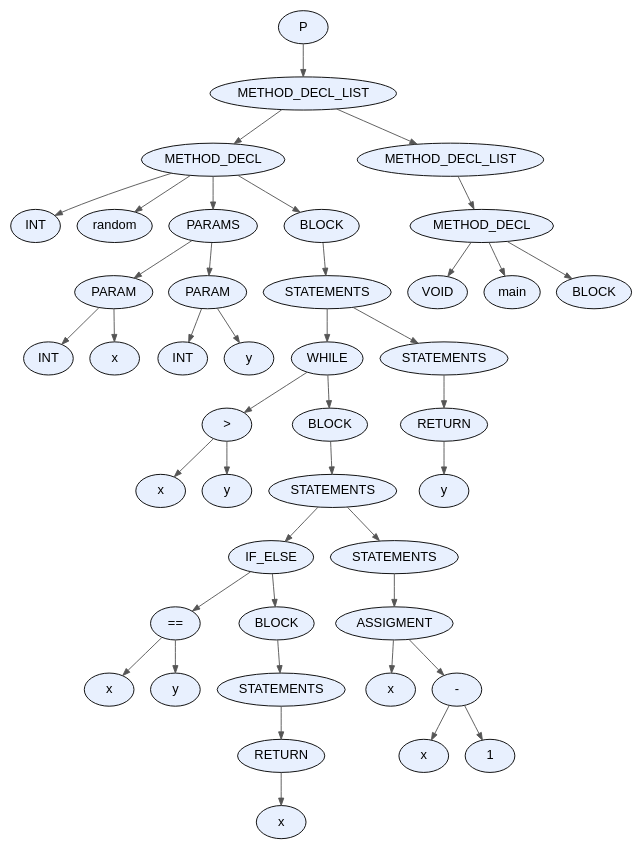
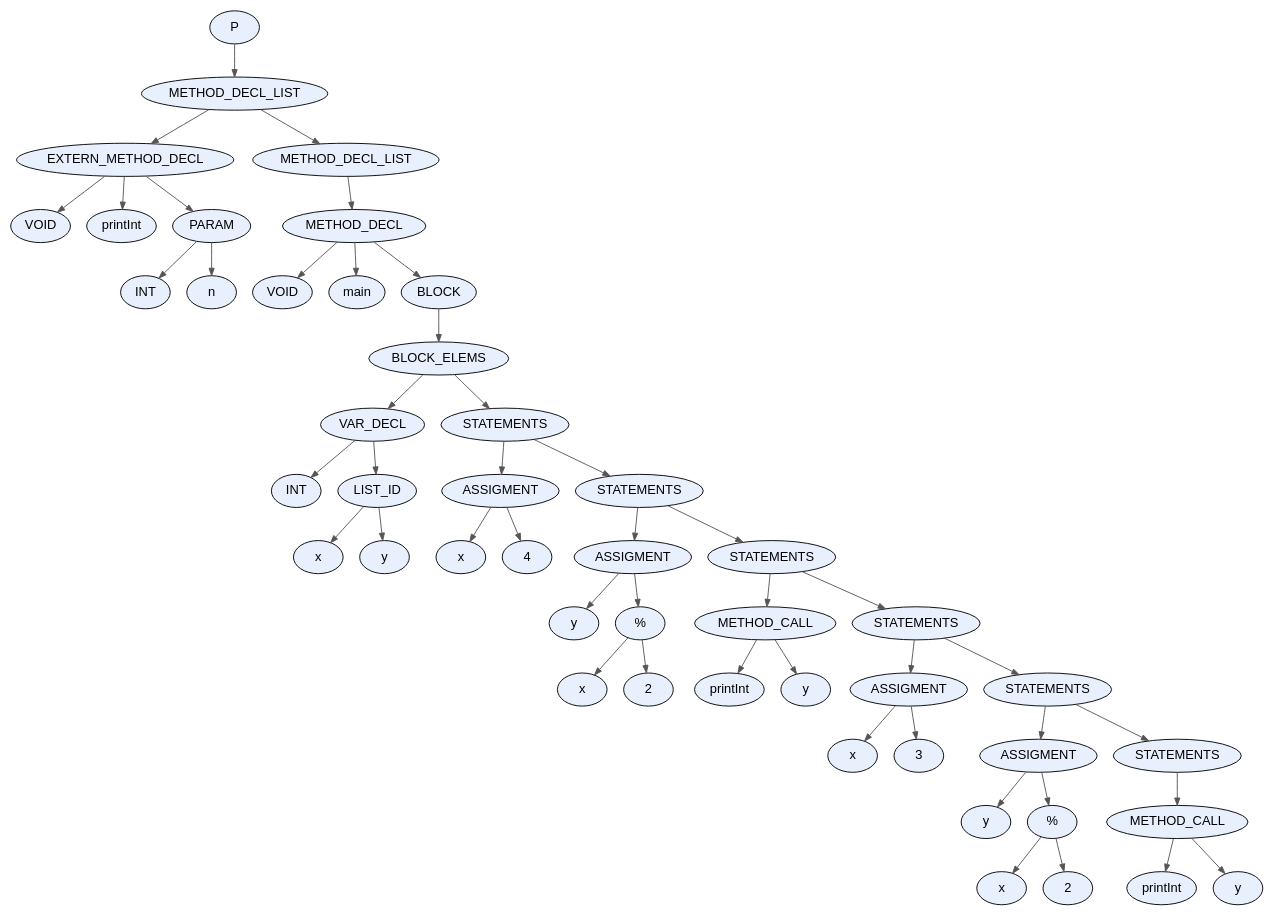
Before and after one commit to facundo-dario-loser/TDS2026: the diagram in proyecto/dot_files/test44.dot, drawn with Graphviz. The commit also changed 18 other files, not shown here.

```diff
--- a/proyecto/dot_files/test44.dot
+++ b/proyecto/dot_files/test44.dot
@@ -1,87 +1,97 @@
 digraph AST {
   node [fontname="Arial"];
   edge [arrowsize=0.8, color="#555555"];
-  "node_0x5b198a6ec8f0" [label="P", style=filled, fillcolor="#E8F0FE", shape=ellipse, style="rounded,filled"];
-  "node_0x5b198a6ec8f0" -> "node_0x5b198a6ec8a0";
-  "node_0x5b198a6ec8a0" [label="METHOD_DECL_LIST", style=filled, fillcolor="#E8F0FE", shape=ellipse, style="rounded,filled"];
-  "node_0x5b198a6ec8a0" -> "node_0x5b198a6ec680";
-  "node_0x5b198a6ec680" [label="METHOD_DECL", style=filled, fillcolor="#E8F0FE", shape=ellipse, style="rounded,filled"];
-  "node_0x5b198a6ec680" -> "node_0x5b198a6eb920";
-  "node_0x5b198a6eb920" [label="INT", style=filled, fillcolor="#E8F0FE", shape=ellipse, style="rounded,filled"];
-  "node_0x5b198a6ec680" -> "node_0x5b198a6ec610";
-  "node_0x5b198a6ec610" [label="random", style=filled, fillcolor="#E8F0FE", shape=ellipse, style="rounded,filled"];
-  "node_0x5b198a6ec680" -> "node_0x5b198a6ebbf0";
-  "node_0x5b198a6ebbf0" [label="PARAMS", style=filled, fillcolor="#E8F0FE", shape=ellipse, style="rounded,filled"];
-  "node_0x5b198a6ebbf0" -> "node_0x5b198a6eba70";
-  "node_0x5b198a6eba70" [label="PARAM", style=filled, fillcolor="#E8F0FE", shape=ellipse, style="rounded,filled"];
-  "node_0x5b198a6eba70" -> "node_0x5b198a6eb990";
-  "node_0x5b198a6eb990" [label="INT", style=filled, fillcolor="#E8F0FE", shape=ellipse, style="rounded,filled"];
-  "node_0x5b198a6eba70" -> "node_0x5b198a6eba00";
-  "node_0x5b198a6eba00" [label="x", style=filled, fillcolor="#E8F0FE", shape=ellipse, style="rounded,filled"];
-  "node_0x5b198a6ebbf0" -> "node_0x5b198a6ebba0";
-  "node_0x5b198a6ebba0" [label="PARAM", style=filled, fillcolor="#E8F0FE", shape=ellipse, style="rounded,filled"];
-  "node_0x5b198a6ebba0" -> "node_0x5b198a6ebac0";
-  "node_0x5b198a6ebac0" [label="INT", style=filled, fillcolor="#E8F0FE", shape=ellipse, style="rounded,filled"];
-  "node_0x5b198a6ebba0" -> "node_0x5b198a6ebb30";
-  "node_0x5b198a6ebb30" [label="y", style=filled, fillcolor="#E8F0FE", shape=ellipse, style="rounded,filled"];
-  "node_0x5b198a6ec680" -> "node_0x5b198a6ec5c0";
-  "node_0x5b198a6ec5c0" [label="BLOCK", style=filled, fillcolor="#E8F0FE", shape=ellipse, style="rounded,filled"];
-  "node_0x5b198a6ec5c0" -> "node_0x5b198a6ec570";
-  "node_0x5b198a6ec570" [label="STATEMENTS", style=filled, fillcolor="#E8F0FE", shape=ellipse, style="rounded,filled"];
-  "node_0x5b198a6ec570" -> "node_0x5b198a6ec3f0";
-  "node_0x5b198a6ec3f0" [label="WHILE", style=filled, fillcolor="#E8F0FE", shape=ellipse, style="rounded,filled"];
-  "node_0x5b198a6ec3f0" -> "node_0x5b198a6ebd60";
-  "node_0x5b198a6ebd60" [label=">", style=filled, fillcolor="#E8F0FE", shape=ellipse, style="rounded,filled"];
-  "node_0x5b198a6ebd60" -> "node_0x5b198a6ebc60";
-  "node_0x5b198a6ebc60" [label="x", style=filled, fillcolor="#E8F0FE", shape=ellipse, style="rounded,filled"];
-  "node_0x5b198a6ebd60" -> "node_0x5b198a6ebcf0";
-  "node_0x5b198a6ebcf0" [label="y", style=filled, fillcolor="#E8F0FE", shape=ellipse, style="rounded,filled"];
-  "node_0x5b198a6ec3f0" -> "node_0x5b198a6ec3a0";
-  "node_0x5b198a6ec3a0" [label="BLOCK", style=filled, fillcolor="#E8F0FE", shape=ellipse, style="rounded,filled"];
-  "node_0x5b198a6ec3a0" -> "node_0x5b198a6ec350";
-  "node_0x5b198a6ec350" [label="STATEMENTS", style=filled, fillcolor="#E8F0FE", shape=ellipse, style="rounded,filled"];
-  "node_0x5b198a6ec350" -> "node_0x5b198a6ec0c0";
-  "node_0x5b198a6ec0c0" [label="IF_ELSE", style=filled, fillcolor="#E8F0FE", shape=ellipse, style="rounded,filled"];
-  "node_0x5b198a6ec0c0" -> "node_0x5b198a6ebed0";
-  "node_0x5b198a6ebed0" [label="==", style=filled, fillcolor="#E8F0FE", shape=ellipse, style="rounded,filled"];
-  "node_0x5b198a6ebed0" -> "node_0x5b198a6ebdd0";
-  "node_0x5b198a6ebdd0" [label="x", style=filled, fillcolor="#E8F0FE", shape=ellipse, style="rounded,filled"];
-  "node_0x5b198a6ebed0" -> "node_0x5b198a6ebe60";
-  "node_0x5b198a6ebe60" [label="y", style=filled, fillcolor="#E8F0FE", shape=ellipse, style="rounded,filled"];
-  "node_0x5b198a6ec0c0" -> "node_0x5b198a6ec050";
-  "node_0x5b198a6ec050" [label="BLOCK", style=filled, fillcolor="#E8F0FE", shape=ellipse, style="rounded,filled"];
-  "node_0x5b198a6ec050" -> "node_0x5b198a6ec000";
-  "node_0x5b198a6ec000" [label="STATEMENTS", style=filled, fillcolor="#E8F0FE", shape=ellipse, style="rounded,filled"];
-  "node_0x5b198a6ec000" -> "node_0x5b198a6ebfb0";
-  "node_0x5b198a6ebfb0" [label="RETURN", style=filled, fillcolor="#E8F0FE", shape=ellipse, style="rounded,filled"];
-  "node_0x5b198a6ebfb0" -> "node_0x5b198a6ebf40";
-  "node_0x5b198a6ebf40" [label="x", style=filled, fillcolor="#E8F0FE", shape=ellipse, style="rounded,filled"];
-  "node_0x5b198a6ec350" -> "node_0x5b198a6ec300";
-  "node_0x5b198a6ec300" [label="STATEMENTS", style=filled, fillcolor="#E8F0FE", shape=ellipse, style="rounded,filled"];
-  "node_0x5b198a6ec300" -> "node_0x5b198a6ec2b0";
-  "node_0x5b198a6ec2b0" [label="ASSIGMENT", style=filled, fillcolor="#E8F0FE", shape=ellipse, style="rounded,filled"];
-  "node_0x5b198a6ec2b0" -> "node_0x5b198a6ec240";
-  "node_0x5b198a6ec240" [label="x", style=filled, fillcolor="#E8F0FE", shape=ellipse, style="rounded,filled"];
-  "node_0x5b198a6ec2b0" -> "node_0x5b198a6ec1f0";
-  "node_0x5b198a6ec1f0" [label="-", style=filled, fillcolor="#E8F0FE", shape=ellipse, style="rounded,filled"];
-  "node_0x5b198a6ec1f0" -> "node_0x5b198a6ec130";
-  "node_0x5b198a6ec130" [label="x", style=filled, fillcolor="#E8F0FE", shape=ellipse, style="rounded,filled"];
-  "node_0x5b198a6ec1f0" -> "node_0x5b198a6ec1a0";
-  "node_0x5b198a6ec1a0" [label="1", style=filled, fillcolor="#E8F0FE", shape=ellipse, style="rounded,filled"];
-  "node_0x5b198a6ec570" -> "node_0x5b198a6ec520";
-  "node_0x5b198a6ec520" [label="STATEMENTS", style=filled, fillcolor="#E8F0FE", shape=ellipse, style="rounded,filled"];
-  "node_0x5b198a6ec520" -> "node_0x5b198a6ec4d0";
-  "node_0x5b198a6ec4d0" [label="RETURN", style=filled, fillcolor="#E8F0FE", shape=ellipse, style="rounded,filled"];
-  "node_0x5b198a6ec4d0" -> "node_0x5b198a6ec460";
-  "node_0x5b198a6ec460" [label="y", style=filled, fillcolor="#E8F0FE", shape=ellipse, style="rounded,filled"];
-  "node_0x5b198a6ec8a0" -> "node_0x5b198a6ec850";
-  "node_0x5b198a6ec850" [label="METHOD_DECL_LIST", style=filled, fillcolor="#E8F0FE", shape=ellipse, style="rounded,filled"];
-  "node_0x5b198a6ec850" -> "node_0x5b198a6ec800";
-  "node_0x5b198a6ec800" [label="METHOD_DECL", style=filled, fillcolor="#E8F0FE", shape=ellipse, style="rounded,filled"];
-  "node_0x5b198a6ec800" -> "node_0x5b198a6ec740";
-  "node_0x5b198a6ec740" [label="VOID", style=filled, fillcolor="#E8F0FE", shape=ellipse, style="rounded,filled"];
-  "node_0x5b198a6ec800" -> "node_0x5b198a6ec790";
-  "node_0x5b198a6ec790" [label="main", style=filled, fillcolor="#E8F0FE", shape=ellipse, style="rounded,filled"];
-  "node_0x5b198a6ec800" -> "node_0x5b198a6ec6f0";
-  "node_0x5b198a6ec6f0" [label="BLOCK", style=filled, fillcolor="#E8F0FE", shape=ellipse, style="rounded,filled"];
+  "node_0x615d3334bb60" [label="P", style=filled, fillcolor="#E8F0FE", shape=ellipse, style="rounded,filled"];
+  "node_0x615d3334bb60" -> "node_0x615d3334bb10";
+  "node_0x615d3334bb10" [label="METHOD_DECL_LIST", style=filled, fillcolor="#E8F0FE", shape=ellipse, style="rounded,filled"];
+  "node_0x615d3334bb10" -> "node_0x615d3334ab50";
+  "node_0x615d3334ab50" [label="EXTERN_METHOD_DECL", style=filled, fillcolor="#E8F0FE", shape=ellipse, style="rounded,filled"];
+  "node_0x615d3334ab50" -> "node_0x615d3334aa90";
+  "node_0x615d3334aa90" [label="VOID", style=filled, fillcolor="#E8F0FE", shape=ellipse, style="rounded,filled"];
+  "node_0x615d3334ab50" -> "node_0x615d3334aae0";
+  "node_0x615d3334aae0" [label="printInt", style=filled, fillcolor="#E8F0FE", shape=ellipse, style="rounded,filled"];
+  "node_0x615d3334ab50" -> "node_0x615d3334aa40";
+  "node_0x615d3334aa40" [label="PARAM", style=filled, fillcolor="#E8F0FE", shape=ellipse, style="rounded,filled"];
+  "node_0x615d3334aa40" -> "node_0x615d3334a960";
+  "node_0x615d3334a960" [label="INT", style=filled, fillcolor="#E8F0FE", shape=ellipse, style="rounded,filled"];
+  "node_0x615d3334aa40" -> "node_0x615d3334a9d0";
+  "node_0x615d3334a9d0" [label="n", style=filled, fillcolor="#E8F0FE", shape=ellipse, style="rounded,filled"];
+  "node_0x615d3334bb10" -> "node_0x615d3334bac0";
+  "node_0x615d3334bac0" [label="METHOD_DECL_LIST", style=filled, fillcolor="#E8F0FE", shape=ellipse, style="rounded,filled"];
+  "node_0x615d3334bac0" -> "node_0x615d3334ba70";
+  "node_0x615d3334ba70" [label="METHOD_DECL", style=filled, fillcolor="#E8F0FE", shape=ellipse, style="rounded,filled"];
+  "node_0x615d3334ba70" -> "node_0x615d3334b9b0";
+  "node_0x615d3334b9b0" [label="VOID", style=filled, fillcolor="#E8F0FE", shape=ellipse, style="rounded,filled"];
+  "node_0x615d3334ba70" -> "node_0x615d3334ba00";
+  "node_0x615d3334ba00" [label="main", style=filled, fillcolor="#E8F0FE", shape=ellipse, style="rounded,filled"];
+  "node_0x615d3334ba70" -> "node_0x615d3334b960";
+  "node_0x615d3334b960" [label="BLOCK", style=filled, fillcolor="#E8F0FE", shape=ellipse, style="rounded,filled"];
+  "node_0x615d3334b960" -> "node_0x615d3334b910";
+  "node_0x615d3334b910" [label="BLOCK_ELEMS", style=filled, fillcolor="#E8F0FE", shape=ellipse, style="rounded,filled"];
+  "node_0x615d3334b910" -> "node_0x615d3334ad80";
+  "node_0x615d3334ad80" [label="VAR_DECL", style=filled, fillcolor="#E8F0FE", shape=ellipse, style="rounded,filled"];
+  "node_0x615d3334ad80" -> "node_0x615d3334abc0";
+  "node_0x615d3334abc0" [label="INT", style=filled, fillcolor="#E8F0FE", shape=ellipse, style="rounded,filled"];
+  "node_0x615d3334ad80" -> "node_0x615d3334ad30";
+  "node_0x615d3334ad30" [label="LIST_ID", style=filled, fillcolor="#E8F0FE", shape=ellipse, style="rounded,filled"];
+  "node_0x615d3334ad30" -> "node_0x615d3334acc0";
+  "node_0x615d3334acc0" [label="x", style=filled, fillcolor="#E8F0FE", shape=ellipse, style="rounded,filled"];
+  "node_0x615d3334ad30" -> "node_0x615d3334ac50";
+  "node_0x615d3334ac50" [label="y", style=filled, fillcolor="#E8F0FE", shape=ellipse, style="rounded,filled"];
+  "node_0x615d3334b910" -> "node_0x615d3334b8c0";
+  "node_0x615d3334b8c0" [label="STATEMENTS", style=filled, fillcolor="#E8F0FE", shape=ellipse, style="rounded,filled"];
+  "node_0x615d3334b8c0" -> "node_0x615d3334aeb0";
+  "node_0x615d3334aeb0" [label="ASSIGMENT", style=filled, fillcolor="#E8F0FE", shape=ellipse, style="rounded,filled"];
+  "node_0x615d3334aeb0" -> "node_0x615d3334ae40";
+  "node_0x615d3334ae40" [label="x", style=filled, fillcolor="#E8F0FE", shape=ellipse, style="rounded,filled"];
+  "node_0x615d3334aeb0" -> "node_0x615d3334adf0";
+  "node_0x615d3334adf0" [label="4", style=filled, fillcolor="#E8F0FE", shape=ellipse, style="rounded,filled"];
+  "node_0x615d3334b8c0" -> "node_0x615d3334b870";
+  "node_0x615d3334b870" [label="STATEMENTS", style=filled, fillcolor="#E8F0FE", shape=ellipse, style="rounded,filled"];
+  "node_0x615d3334b870" -> "node_0x615d3334b0c0";
+  "node_0x615d3334b0c0" [label="ASSIGMENT", style=filled, fillcolor="#E8F0FE", shape=ellipse, style="rounded,filled"];
+  "node_0x615d3334b0c0" -> "node_0x615d3334b050";
+  "node_0x615d3334b050" [label="y", style=filled, fillcolor="#E8F0FE", shape=ellipse, style="rounded,filled"];
+  "node_0x615d3334b0c0" -> "node_0x615d3334b000";
+  "node_0x615d3334b000" [label="%", style=filled, fillcolor="#E8F0FE", shape=ellipse, style="rounded,filled"];
+  "node_0x615d3334b000" -> "node_0x615d3334af40";
+  "node_0x615d3334af40" [label="x", style=filled, fillcolor="#E8F0FE", shape=ellipse, style="rounded,filled"];
+  "node_0x615d3334b000" -> "node_0x615d3334afb0";
+  "node_0x615d3334afb0" [label="2", style=filled, fillcolor="#E8F0FE", shape=ellipse, style="rounded,filled"];
+  "node_0x615d3334b870" -> "node_0x615d3334b820";
+  "node_0x615d3334b820" [label="STATEMENTS", style=filled, fillcolor="#E8F0FE", shape=ellipse, style="rounded,filled"];
+  "node_0x615d3334b820" -> "node_0x615d3334b230";
+  "node_0x615d3334b230" [label="METHOD_CALL", style=filled, fillcolor="#E8F0FE", shape=ellipse, style="rounded,filled"];
+  "node_0x615d3334b230" -> "node_0x615d3334b1c0";
+  "node_0x615d3334b1c0" [label="printInt", style=filled, fillcolor="#E8F0FE", shape=ellipse, style="rounded,filled"];
+  "node_0x615d3334b230" -> "node_0x615d3334b150";
+  "node_0x615d3334b150" [label="y", style=filled, fillcolor="#E8F0FE", shape=ellipse, style="rounded,filled"];
+  "node_0x615d3334b820" -> "node_0x615d3334b7d0";
+  "node_0x615d3334b7d0" [label="STATEMENTS", style=filled, fillcolor="#E8F0FE", shape=ellipse, style="rounded,filled"];
+  "node_0x615d3334b7d0" -> "node_0x615d3334b360";
+  "node_0x615d3334b360" [label="ASSIGMENT", style=filled, fillcolor="#E8F0FE", shape=ellipse, style="rounded,filled"];
+  "node_0x615d3334b360" -> "node_0x615d3334b2f0";
+  "node_0x615d3334b2f0" [label="x", style=filled, fillcolor="#E8F0FE", shape=ellipse, style="rounded,filled"];
+  "node_0x615d3334b360" -> "node_0x615d3334b2a0";
+  "node_0x615d3334b2a0" [label="3", style=filled, fillcolor="#E8F0FE", shape=ellipse, style="rounded,filled"];
+  "node_0x615d3334b7d0" -> "node_0x615d3334b780";
+  "node_0x615d3334b780" [label="STATEMENTS", style=filled, fillcolor="#E8F0FE", shape=ellipse, style="rounded,filled"];
+  "node_0x615d3334b780" -> "node_0x615d3334b570";
+  "node_0x615d3334b570" [label="ASSIGMENT", style=filled, fillcolor="#E8F0FE", shape=ellipse, style="rounded,filled"];
+  "node_0x615d3334b570" -> "node_0x615d3334b500";
+  "node_0x615d3334b500" [label="y", style=filled, fillcolor="#E8F0FE", shape=ellipse, style="rounded,filled"];
+  "node_0x615d3334b570" -> "node_0x615d3334b4b0";
+  "node_0x615d3334b4b0" [label="%", style=filled, fillcolor="#E8F0FE", shape=ellipse, style="rounded,filled"];
+  "node_0x615d3334b4b0" -> "node_0x615d3334b3f0";
+  "node_0x615d3334b3f0" [label="x", style=filled, fillcolor="#E8F0FE", shape=ellipse, style="rounded,filled"];
+  "node_0x615d3334b4b0" -> "node_0x615d3334b460";
+  "node_0x615d3334b460" [label="2", style=filled, fillcolor="#E8F0FE", shape=ellipse, style="rounded,filled"];
+  "node_0x615d3334b780" -> "node_0x615d3334b730";
+  "node_0x615d3334b730" [label="STATEMENTS", style=filled, fillcolor="#E8F0FE", shape=ellipse, style="rounded,filled"];
+  "node_0x615d3334b730" -> "node_0x615d3334b6e0";
+  "node_0x615d3334b6e0" [label="METHOD_CALL", style=filled, fillcolor="#E8F0FE", shape=ellipse, style="rounded,filled"];
+  "node_0x615d3334b6e0" -> "node_0x615d3334b670";
+  "node_0x615d3334b670" [label="printInt", style=filled, fillcolor="#E8F0FE", shape=ellipse, style="rounded,filled"];
+  "node_0x615d3334b6e0" -> "node_0x615d3334b600";
+  "node_0x615d3334b600" [label="y", style=filled, fillcolor="#E8F0FE", shape=ellipse, style="rounded,filled"];
 }
```
